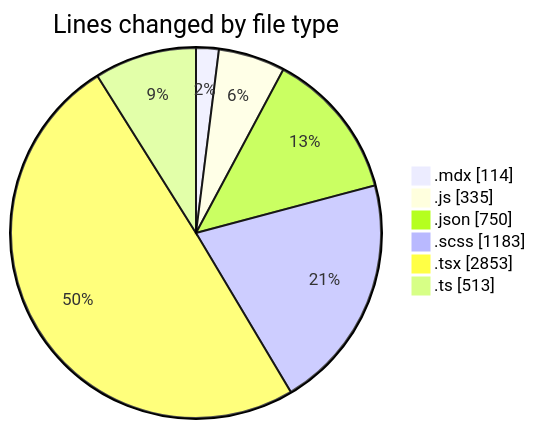
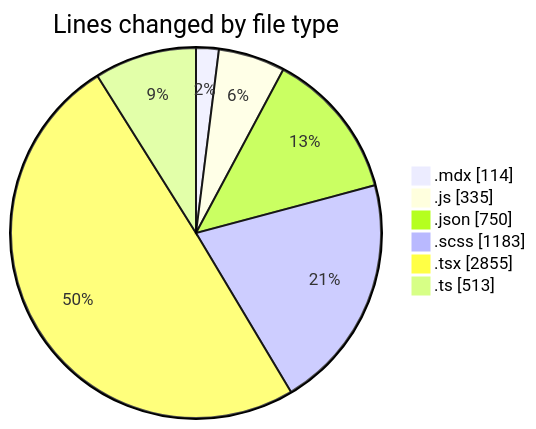
The first of 2 diagrams in 2026-08-13/cda/README.md (momahboobian/code-tracking), drawn with Mermaid before and after one commit. The commit also changed other lines of this file and 1 other file, not shown here.

````diff
--- a/2026-08-13/cda/README.md
+++ b/2026-08-13/cda/README.md
@@ -46,10 +46,10 @@
 ```mermaid
 pie showData
 title Lines changed by file type
 ".mdx" : 114
 ".js" : 335
 ".json" : 750
 ".scss" : 1183
-".tsx" : 2853
+".tsx" : 2855
 ".ts" : 513
 ```
````
